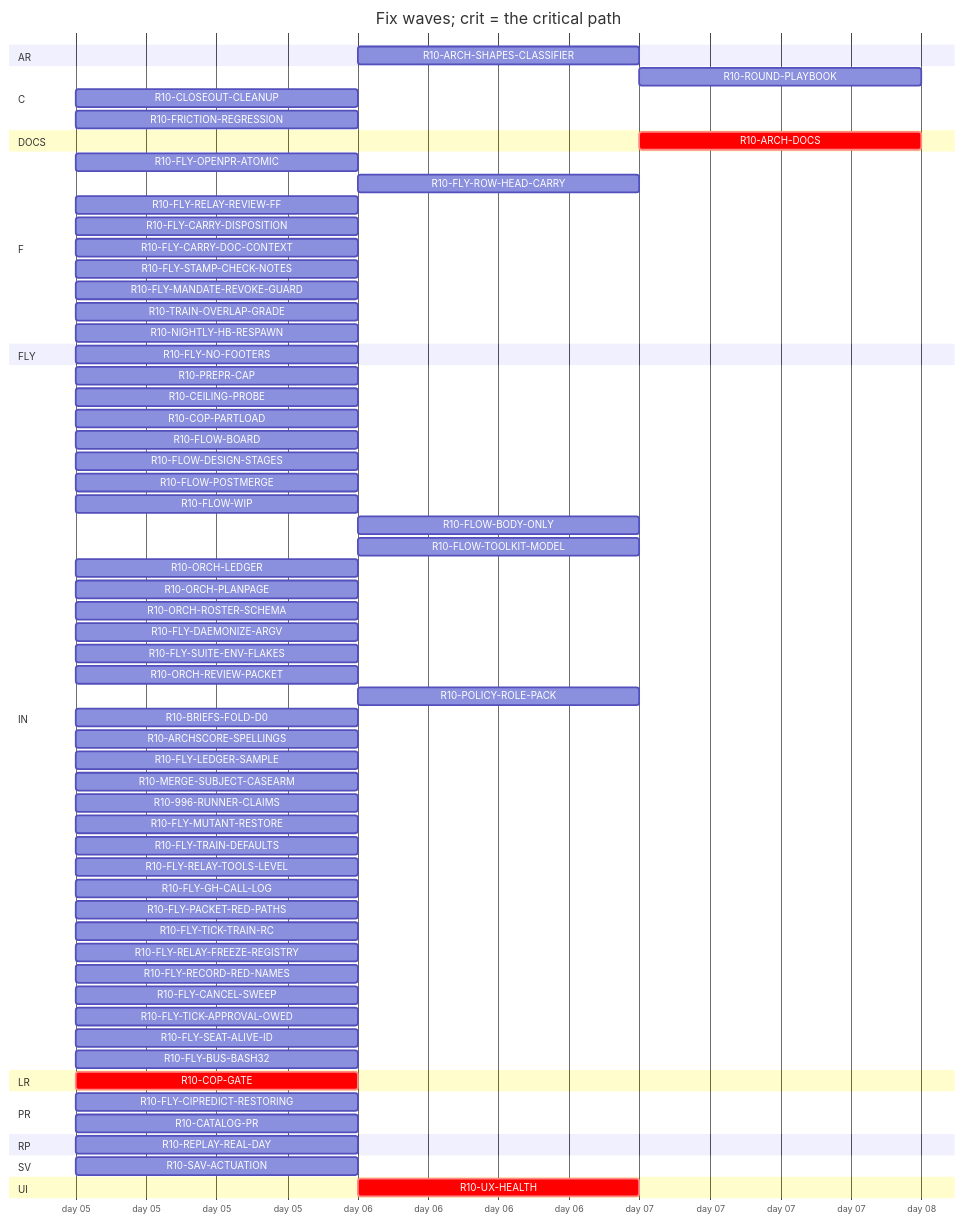
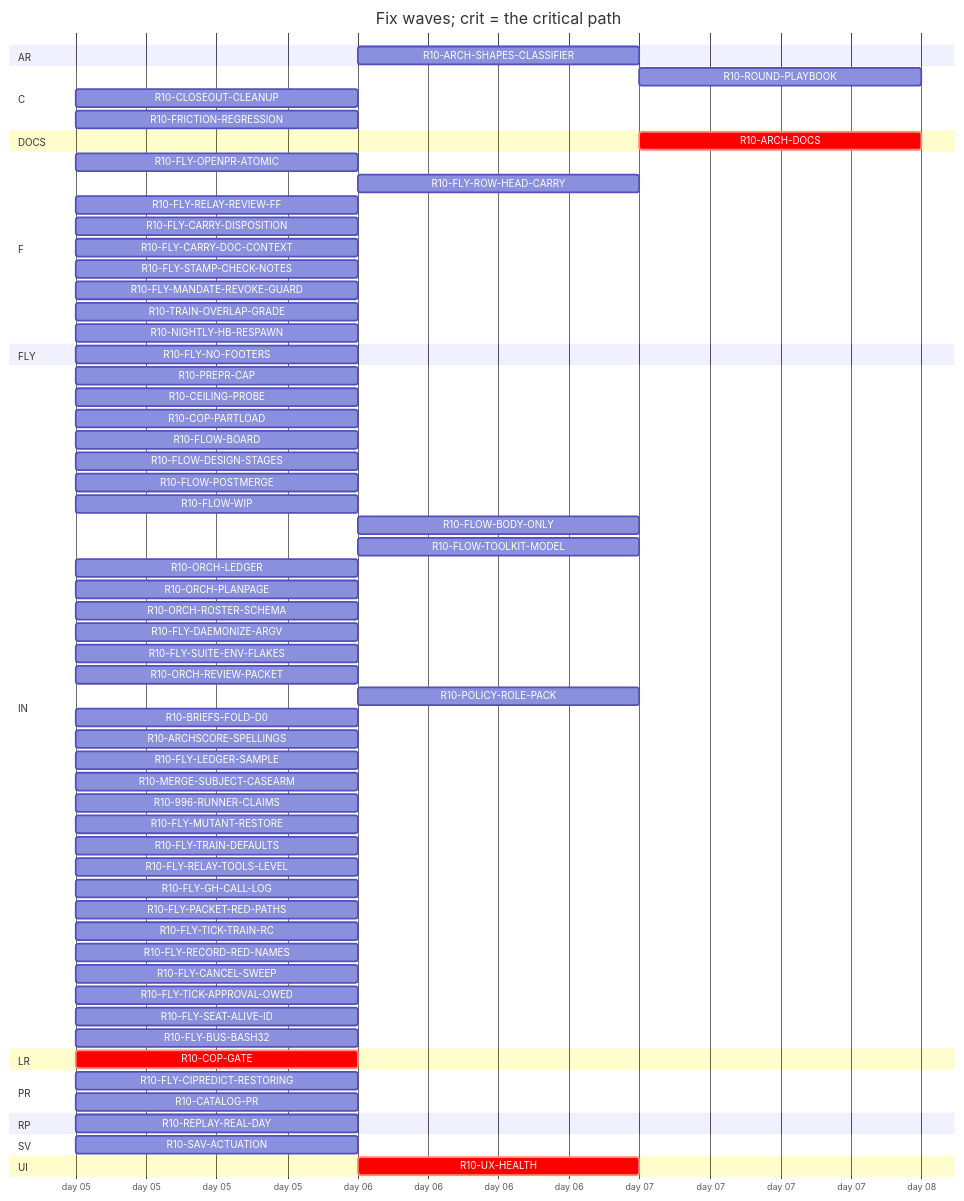
The diagram in handoff/round10/state/PLAN-TABLE.md (tvofi/heatpump_optimizer), drawn with Mermaid before and after one commit. The commit also changed other lines of this file and 3 other files, not shown here.

Commit message:
state: FLOW-BOARD.md, NEXT-SESSION-PROMPT.md, PLAN-TABLE.md, RESUME-CURRENT.md regenerated (state_docs.py)

````diff
--- a/handoff/round10/state/PLAN-TABLE.md
+++ b/handoff/round10/state/PLAN-TABLE.md
@@ -24,71 +24,70 @@
 ```mermaid
 gantt
   title Fix waves; crit = the critical path
   dateFormat YYYY-MM-DD
   axisFormat day %d
   section AR
     R10-ARCH-SHAPES-CLASSIFIER :r10ARCHSHAPESCLASSIFIER, after r10996RUNNERCLAIMS, 1d
   section C
     R10-ROUND-PLAYBOOK :r10ROUNDPLAYBOOK, after r10ORCHLEDGER r10ORCHPLANPAGE r10FLYRELAYREVIEWFF r10FLOWBODYONLY, 1d
     R10-CLOSEOUT-CLEANUP :r10CLOSEOUTCLEANUP, 2026-01-05, 1d
     R10-FRICTION-REGRESSION :r10FRICTIONREGRESSION, 2026-01-05, 1d
   section DOCS
     R10-ARCH-DOCS :crit, r10ARCHDOCS, after r10COPGATE r10UXHEALTH r10CEILINGPROBE r10COPPARTLOAD r10FLOWBOARD r10FLOWDESIGNSTAGES r10FLOWPOSTMERGE r10FLOWWIP r10FLOWBODYONLY r10FLYOPENPRATOMIC r10FLYROWHEADCARRY r10FLYRELAYREVIEWFF r10FLYCARRYDISPOSITION r10FLYCARRYDOCCONTEXT r10FLOWTOOLKITMODEL r10FLYSTAMPCHECKNOTES r10FLYMANDATEREVOKEGUARD r10TRAINOVERLAPGRADE r10NIGHTLYHBRESPAWN r10ORCHLEDGER r10ORCHPLANPAGE r10ORCHROSTERSCHEMA r10FLYDAEMONIZEARGV r10ORCHREVIEWPACKET r10POLICYROLEPACK r10BRIEFSFOLDD0 r10REPLAYREALDAY r10ARCHSCORESPELLINGS r10SAVACTUATION r10FLYLEDGERSAMPLE, 1d
   section F
     R10-FLY-OPENPR-ATOMIC :r10FLYOPENPRATOMIC, 2026-01-05, 1d
     R10-FLY-ROW-HEAD-CARRY :r10FLYROWHEADCARRY, after r10FLYOPENPRATOMIC, 1d
     R10-FLY-RELAY-REVIEW-FF :r10FLYRELAYREVIEWFF, 2026-01-05, 1d
     R10-FLY-CARRY-DISPOSITION :r10FLYCARRYDISPOSITION, 2026-01-05, 1d
     R10-FLY-CARRY-DOC-CONTEXT :r10FLYCARRYDOCCONTEXT, 2026-01-05, 1d
     R10-FLY-STAMP-CHECK-NOTES :r10FLYSTAMPCHECKNOTES, 2026-01-05, 1d
     R10-FLY-MANDATE-REVOKE-GUARD :r10FLYMANDATEREVOKEGUARD, 2026-01-05, 1d
     R10-TRAIN-OVERLAP-GRADE :r10TRAINOVERLAPGRADE, 2026-01-05, 1d
     R10-NIGHTLY-HB-RESPAWN :r10NIGHTLYHBRESPAWN, 2026-01-05, 1d
   section FLY
     R10-FLY-NO-FOOTERS :r10FLYNOFOOTERS, 2026-01-05, 1d
   section IN
     R10-PREPR-CAP :r10PREPRCAP, 2026-01-05, 1d
     R10-CEILING-PROBE :r10CEILINGPROBE, 2026-01-05, 1d
     R10-COP-PARTLOAD :r10COPPARTLOAD, 2026-01-05, 1d
     R10-FLOW-BOARD :r10FLOWBOARD, 2026-01-05, 1d
     R10-FLOW-DESIGN-STAGES :r10FLOWDESIGNSTAGES, 2026-01-05, 1d
     R10-FLOW-POSTMERGE :r10FLOWPOSTMERGE, 2026-01-05, 1d
     R10-FLOW-WIP :r10FLOWWIP, 2026-01-05, 1d
     R10-FLOW-BODY-ONLY :r10FLOWBODYONLY, after r10FLYOPENPRATOMIC, 1d
     R10-FLOW-TOOLKIT-MODEL :r10FLOWTOOLKITMODEL, after r10ORCHPLANPAGE, 1d
     R10-ORCH-LEDGER :r10ORCHLEDGER, 2026-01-05, 1d
     R10-ORCH-PLANPAGE :r10ORCHPLANPAGE, 2026-01-05, 1d
     R10-ORCH-ROSTER-SCHEMA :r10ORCHROSTERSCHEMA, 2026-01-05, 1d
     R10-FLY-DAEMONIZE-ARGV :r10FLYDAEMONIZEARGV, 2026-01-05, 1d
     R10-FLY-SUITE-ENV-FLAKES :r10FLYSUITEENVFLAKES, 2026-01-05, 1d
     R10-ORCH-REVIEW-PACKET :r10ORCHREVIEWPACKET, 2026-01-05, 1d
     R10-POLICY-ROLE-PACK :r10POLICYROLEPACK, after r10FLOWDESIGNSTAGES, 1d
     R10-BRIEFS-FOLD-D0 :r10BRIEFSFOLDD0, 2026-01-05, 1d
     R10-ARCHSCORE-SPELLINGS :r10ARCHSCORESPELLINGS, 2026-01-05, 1d
     R10-FLY-LEDGER-SAMPLE :r10FLYLEDGERSAMPLE, 2026-01-05, 1d
     R10-MERGE-SUBJECT-CASEARM :r10MERGESUBJECTCASEARM, 2026-01-05, 1d
     R10-996-RUNNER-CLAIMS :r10996RUNNERCLAIMS, 2026-01-05, 1d
     R10-FLY-MUTANT-RESTORE :r10FLYMUTANTRESTORE, 2026-01-05, 1d
     R10-FLY-TRAIN-DEFAULTS :r10FLYTRAINDEFAULTS, 2026-01-05, 1d
     R10-FLY-RELAY-TOOLS-LEVEL :r10FLYRELAYTOOLSLEVEL, 2026-01-05, 1d
     R10-FLY-GH-CALL-LOG :r10FLYGHCALLLOG, 2026-01-05, 1d
     R10-FLY-PACKET-RED-PATHS :r10FLYPACKETREDPATHS, 2026-01-05, 1d
     R10-FLY-TICK-TRAIN-RC :r10FLYTICKTRAINRC, 2026-01-05, 1d
-    R10-FLY-RELAY-FREEZE-REGISTRY :r10FLYRELAYFREEZEREGISTRY, 2026-01-05, 1d
     R10-FLY-RECORD-RED-NAMES :r10FLYRECORDREDNAMES, 2026-01-05, 1d
     R10-FLY-CANCEL-SWEEP :r10FLYCANCELSWEEP, 2026-01-05, 1d
     R10-FLY-TICK-APPROVAL-OWED :r10FLYTICKAPPROVALOWED, 2026-01-05, 1d
     R10-FLY-SEAT-ALIVE-ID :r10FLYSEATALIVEID, 2026-01-05, 1d
     R10-FLY-BUS-BASH32 :r10FLYBUSBASH32, 2026-01-05, 1d
   section LR
     R10-COP-GATE :crit, r10COPGATE, 2026-01-05, 1d
   section PR
     R10-FLY-CIPREDICT-RESTORING :r10FLYCIPREDICTRESTORING, 2026-01-05, 1d
     R10-CATALOG-PR :r10CATALOGPR, 2026-01-05, 1d
   section RP
     R10-REPLAY-REAL-DAY :r10REPLAYREALDAY, 2026-01-05, 1d
   section SV
     R10-SAV-ACTUATION :r10SAVACTUATION, 2026-01-05, 1d
   section UI
     R10-UX-HEALTH :crit, r10UXHEALTH, after r10COPGATE, 1d
 ```
````
